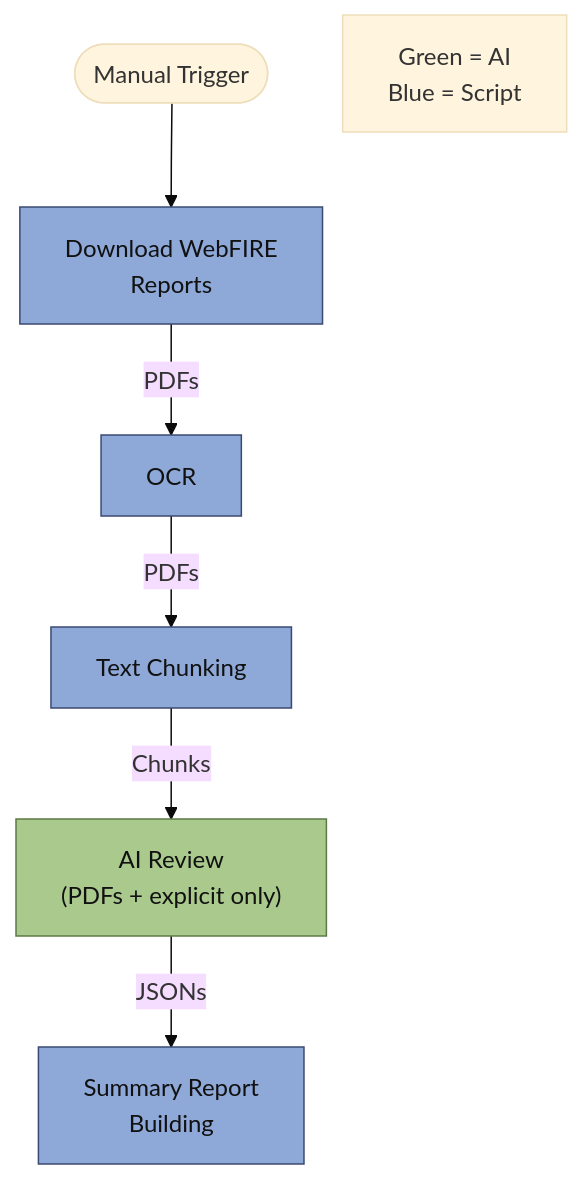
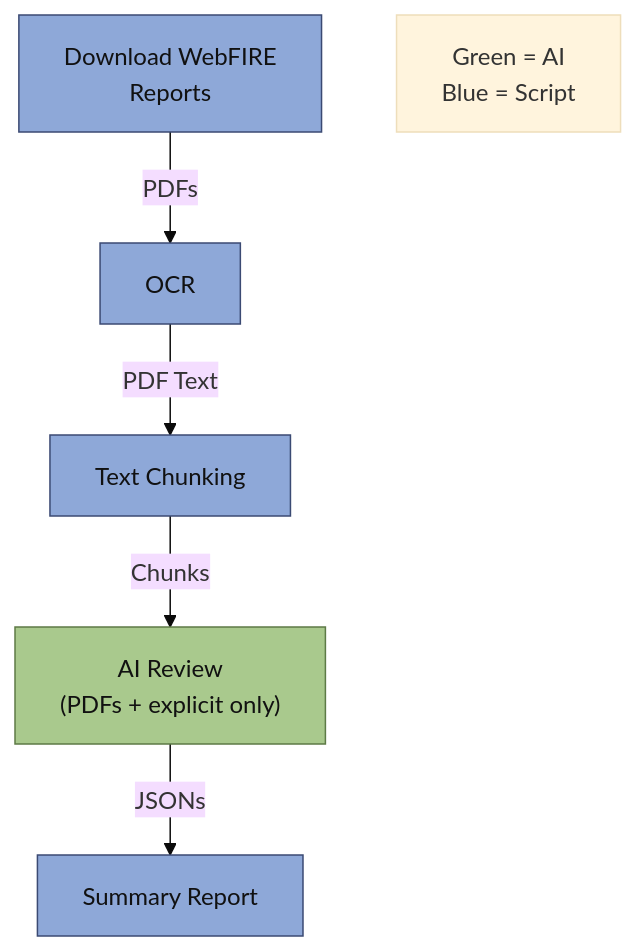
The diagram in docs/flow_charts/mvp_pipeline_chart.md (ChristopherAppier/WebFIRE_Review), drawn with Mermaid (base theme) before and after one commit. The commit also changed 1 other file, not shown here.

Commit message:
Updated flow charts

````diff
--- a/docs/flow_charts/mvp_pipeline_chart.md
+++ b/docs/flow_charts/mvp_pipeline_chart.md
@@ -1,27 +1,25 @@
 ```mermaid
 flowchart TB
 
 	%% Defining the nodes and their labels
-	Trigger([Manual Trigger])
 	RepPull[Download WebFIRE<br/>Reports]
 	OCR[OCR]
 	TextChunk[Text Chunking]
 	AIRev["AI Review<br/>(PDFs + explicit only)"]
-	Summary[Summary Report<br/>Building]
+	Summary[Summary Report]
 	INFO[Green = AI<br/>Blue = Script]
 
 	%% Linking the nodes
-	Trigger --> RepPull
 	RepPull -- PDFs --> OCR
-	OCR -- PDFs --> TextChunk
+	OCR -- PDF Text --> TextChunk
 	TextChunk -- Chunks--> AIRev
 	AIRev -- JSONs--> Summary
 
 	%% Create classes for the node colors
 	classDef blue fill:#8EA8D8,stroke:#3B4A73,color:#111,stroke-width:1px;
 	classDef green fill:#A9C98D,stroke:#5D7A46,color:#111,stroke-width:1px;
 
 	%% Assigning the nodes to their classes
 	class RepPull,Route,OCR,TextChunk,Summary blue;
 	class AIRev green;
 ```
````
